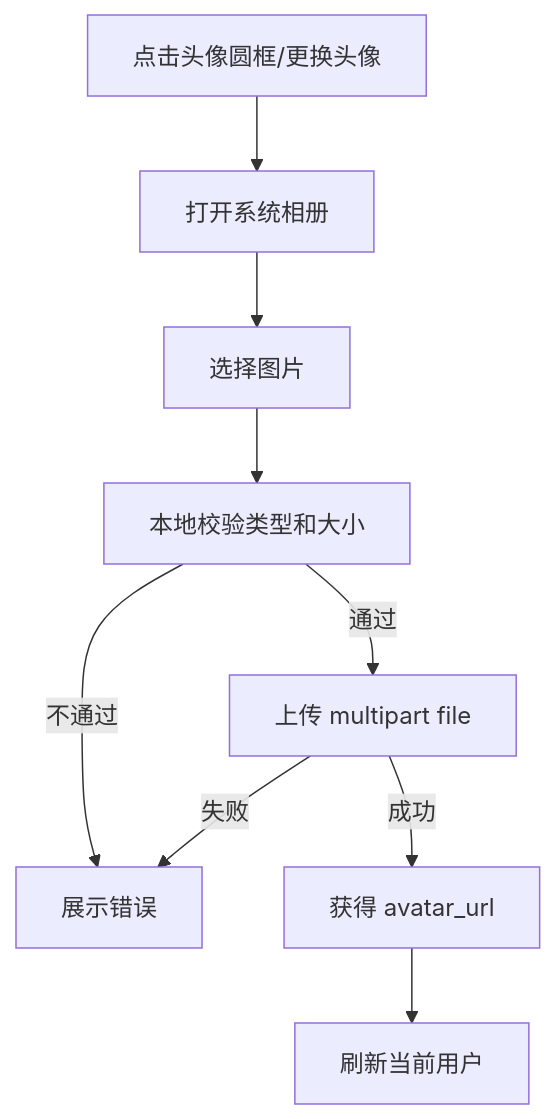
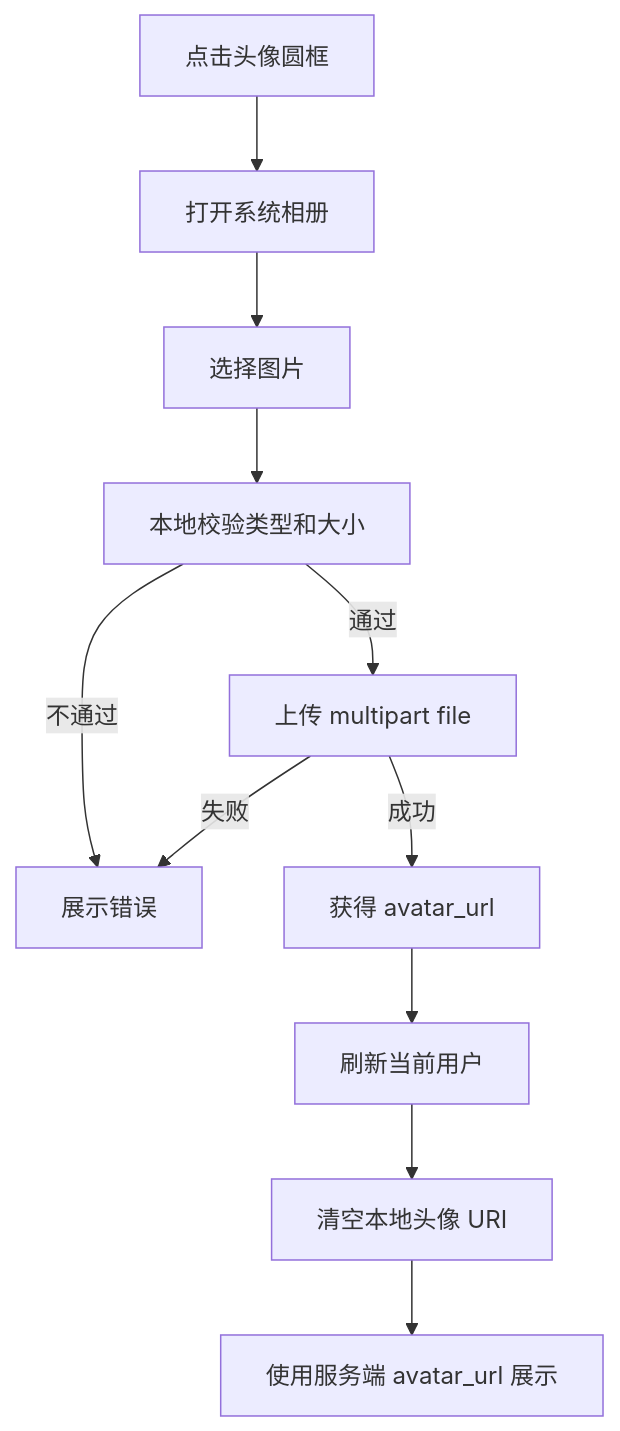
One commit to DancingCodes/room-app changed the eighth of 8 diagrams in docs/客户端逻辑设计.md. Above: the diagram before and after it, drawn with Mermaid. The commit also changed other lines of this file and 3 other files, not shown here.

````diff
--- a/docs/客户端逻辑设计.md
+++ b/docs/客户端逻辑设计.md
@@ -131,11 +140,13 @@
 ```mermaid
 flowchart TD
-    A[点击头像圆框/更换头像] --> B[打开系统相册]
+    A[点击头像圆框] --> B[打开系统相册]
     B --> C[选择图片]
     C --> E[本地校验类型和大小]
     E -- 通过 --> F[上传 multipart file]
     E -- 不通过 --> G[展示错误]
     F -- 成功 --> H[获得 avatar_url]
     F -- 失败 --> G
     H --> K[刷新当前用户]
+    K --> L[清空本地头像 URI]
+    L --> M[使用服务端 avatar_url 展示]
 ```
````
